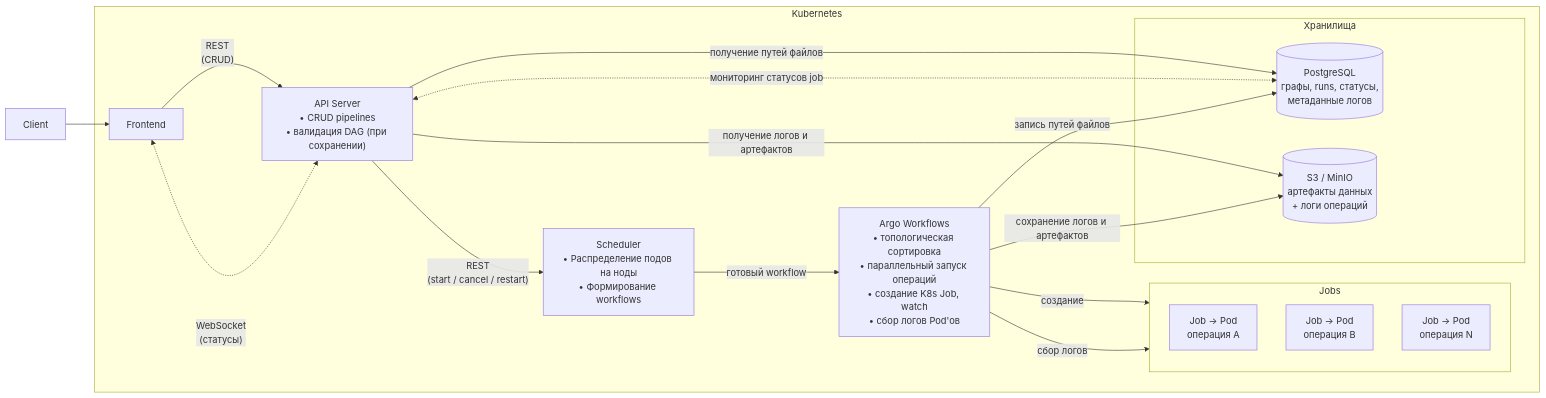
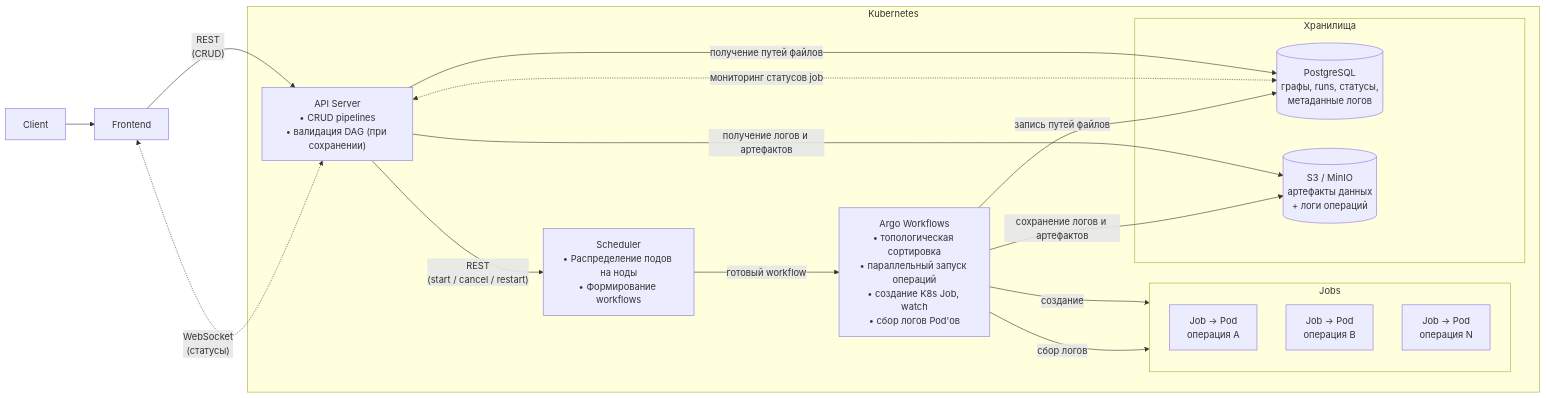
One commit to AnarCom/p-graph changed the first of 3 diagrams in README.md. Above: the diagram before and after it, drawn with Mermaid. The commit also changed 5 other files, not shown here.

````diff
--- a/README.md
+++ b/README.md
@@ -14,38 +14,38 @@
 ```mermaid
 flowchart LR
     Client["Client"]
+
+    UI["Frontend"]
     
     subgraph K8s["Kubernetes"]
-        UI["Frontend"]
-    
         API["API Server<br/>• CRUD pipelines<br/>• валидация DAG (при сохранении)<br/>"]
         
         Sched["Scheduler<br/>• Распределение подов на ноды<br/>• Формирование workflows"]
         
         Oper["Argo Workflows<br/>• топологическая сортировка<br/>• параллельный запуск операций<br/>• создание K8s Job, watch<br/>• сбор логов Pod'ов"]
 
         subgraph Jobs["Jobs"]
             JOB1["Job → Pod<br/>операция A"]
             JOB2["Job → Pod<br/>операция B"]
             JOBN["Job → Pod<br/>операция N"]
         end
         
         subgraph Data["Хранилища"]
             PG[("PostgreSQL<br/>графы, runs, статусы,<br/>метаданные логов")]
             S3[("S3 / MinIO<br/>артефакты данных<br/>+ логи операций")]
         end
     end
     
     Client --> UI
     UI -- "REST<br/>(CRUD)" --> API
     UI <-. "WebSocket<br/>(статусы)" .-> API
     API -- "REST<br/>(start / cancel / restart)" --> Sched
     API -- "получение путей файлов" --> PG
     API <-. "мониторинг статусов job" .-> PG
     API -- "получение логов и артефактов" --> S3
     Sched -- "готовый workflow" --> Oper
     Oper -- запись путей файлов --> PG
     Oper -- "создание" --> Jobs
     Oper -- "сбор логов" --> Jobs
     Oper -- "сохранение логов и артефактов" --> S3
 ```
````
